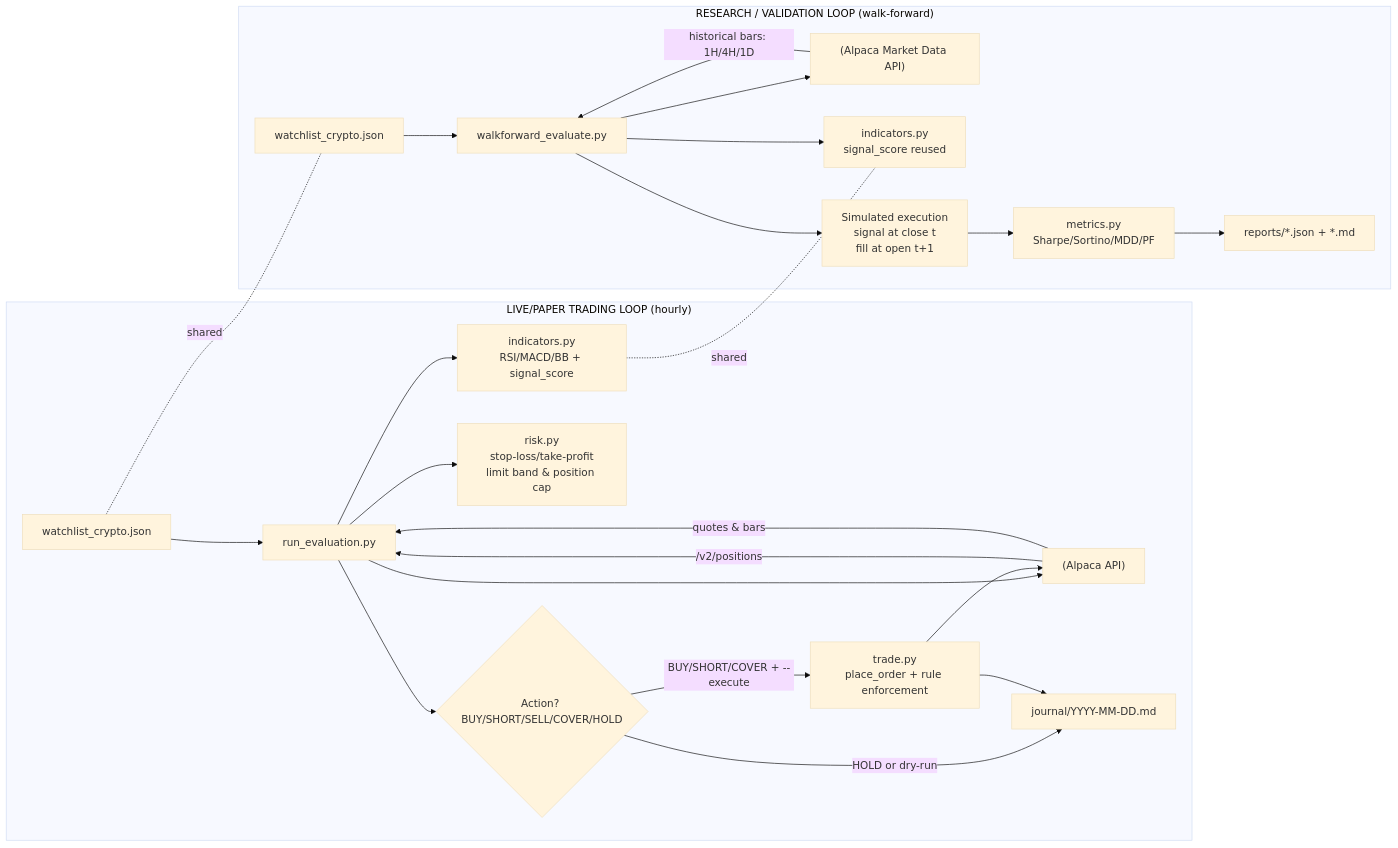
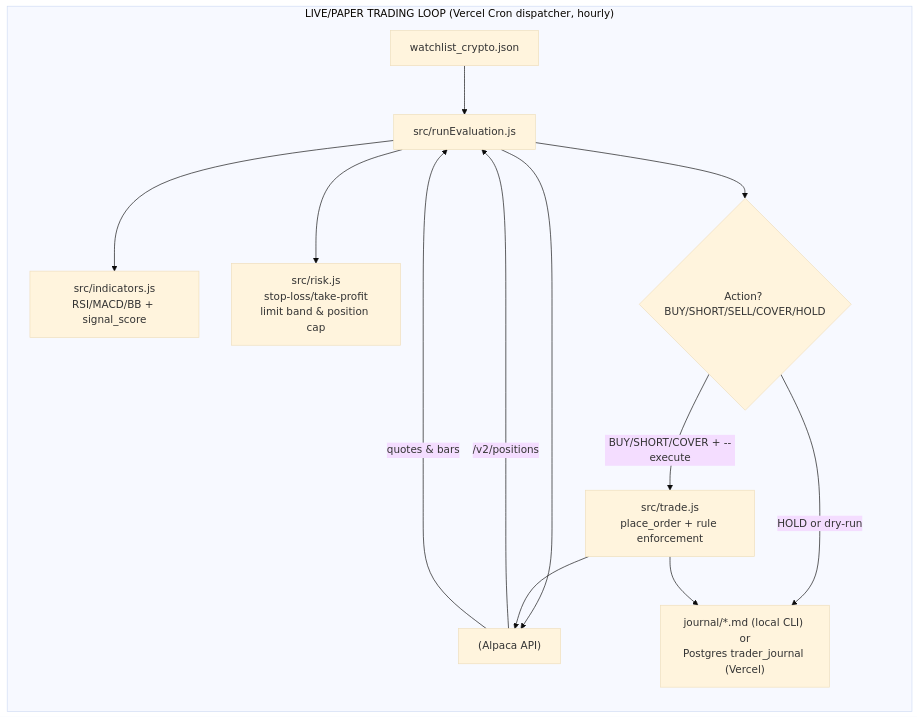
One commit to ekuipers/crypto-pro-trading changed the diagram in README.md. Above: the diagram before and after it, drawn with Mermaid (base theme). The commit also changed other lines of this file and 152 other files, not shown here.

````diff
--- a/README.md
+++ b/README.md
@@ -142,29 +141,16 @@
 ```mermaid
 flowchart LR
-  subgraph LIVE["LIVE/PAPER TRADING LOOP (hourly)"]
-    A[watchlist_crypto.json] --> B[run_evaluation.py]
+  subgraph LIVE["LIVE/PAPER TRADING LOOP (Vercel Cron dispatcher, hourly)"]
+    A[watchlist_crypto.json] --> B["src/runEvaluation.js"]
     B --> C["(Alpaca API)"]
     C -->|/v2/positions| B
     C -->|quotes & bars| B
-    B --> D["indicators.py\nRSI/MACD/BB + signal_score"]
-    B --> E["risk.py\nstop-loss/take-profit\nlimit band & position cap"]
+    B --> D["src/indicators.js\nRSI/MACD/BB + signal_score"]
+    B --> E["src/risk.js\nstop-loss/take-profit\nlimit band & position cap"]
     B --> F{Action? BUY/SHORT/SELL/COVER/HOLD}
-    F -->|BUY/SHORT/COVER + --execute| G["trade.py\nplace_order + rule enforcement"]
+    F -->|BUY/SHORT/COVER + --execute| G["src/trade.js\nplace_order + rule enforcement"]
     G --> C
-    F -->|HOLD or dry-run| H[journal/YYYY-MM-DD.md]
+    F -->|HOLD or dry-run| H["journal/*.md (local CLI) or\nPostgres trader_journal (Vercel)"]
     G --> H
   end
-
-  subgraph RESEARCH["RESEARCH / VALIDATION LOOP (walk-forward)"]
-    A2[watchlist_crypto.json] --> I[walkforward_evaluate.py]
-    I --> J["(Alpaca Market Data API)"]
-    J -->|historical bars: 1H/4H/1D| I
-    I --> D2["indicators.py\nsignal_score reused"]
-    I --> K["Simulated execution\nsignal at close t\nfill at open t+1"]
-    K --> L["metrics.py\nSharpe/Sortino/MDD/PF"]
-    L --> M[reports/*.json + *.md]
-  end
-
-  D -. shared .- D2
-  A -. shared .- A2
 ```
````
